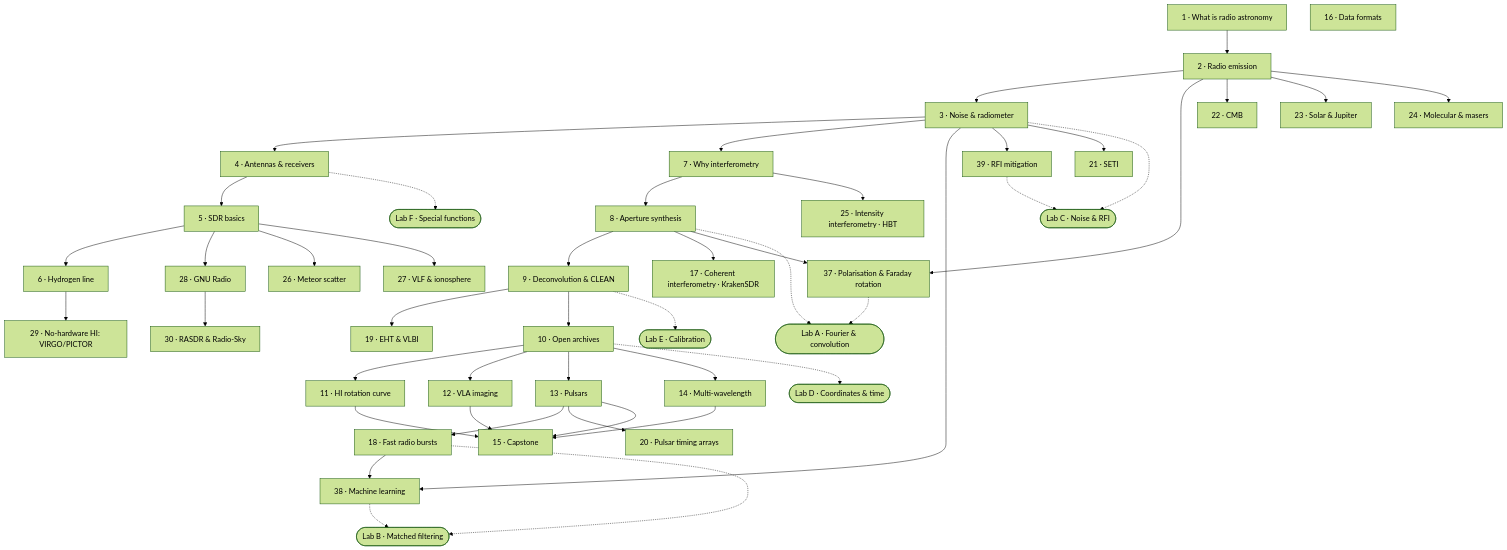
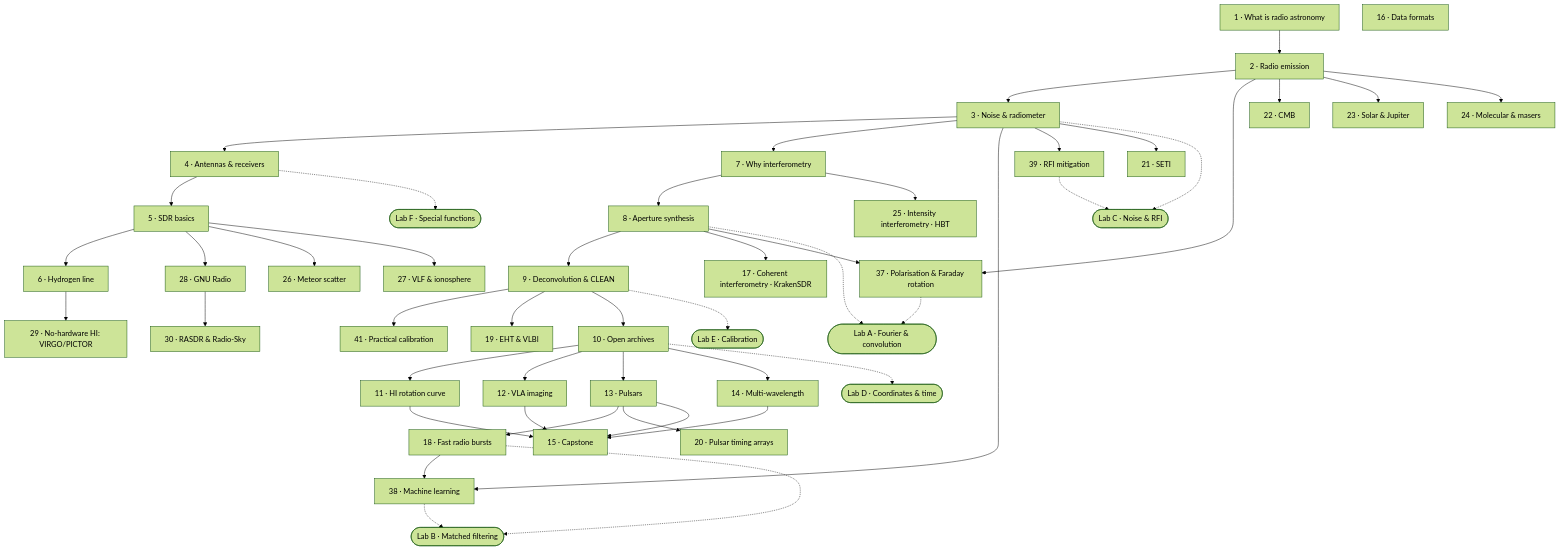
One commit to joebarbere/jansky changed the diagram in docs/learning-paths.md. Above: the diagram before and after it, drawn with Mermaid (forest theme). The commit also changed other lines of this file and 6 other files, not shown here.

```diff
--- a/docs/learning-paths.md
+++ b/docs/learning-paths.md
@@ -40,11 +40,13 @@
   C7[7 · Why interferometry]
   C8[8 · Aperture synthesis]
   C9[9 · Deconvolution & CLEAN]
+  C41[41 · Practical calibration]
   C17[17 · Coherent interferometry · KrakenSDR]
   C19[19 · EHT & VLBI]
   C25[25 · Intensity interferometry · HBT]
   C37[37 · Polarisation & Faraday rotation]
   C3 --> C7 --> C8 --> C9
+  C9 --> C41
   C8 --> C17
   C9 --> C19
   C7 --> C25
```
